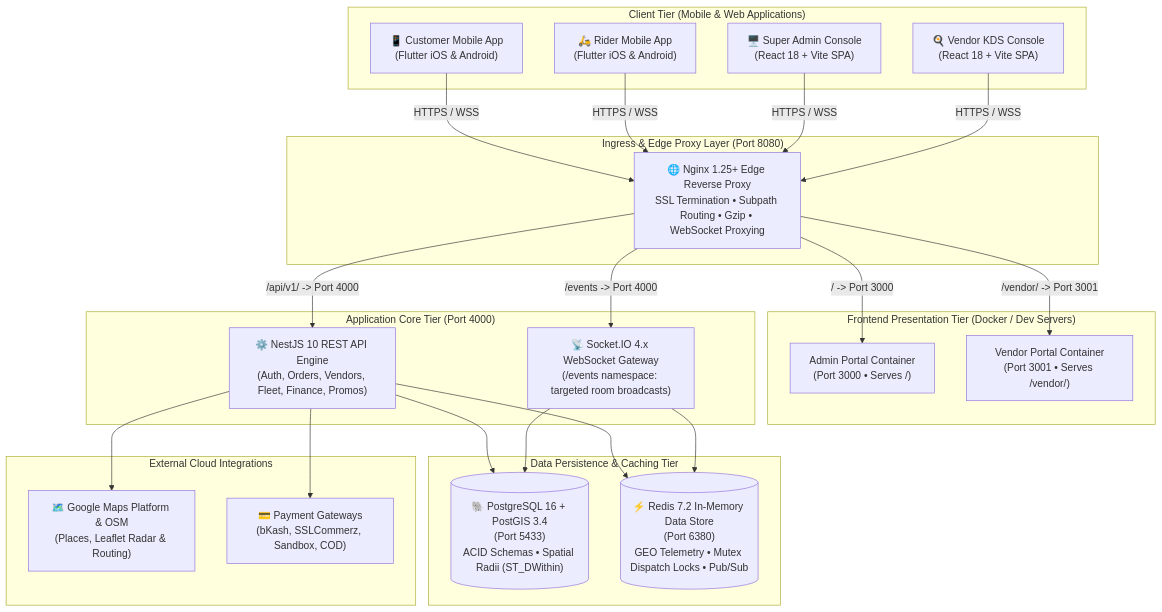
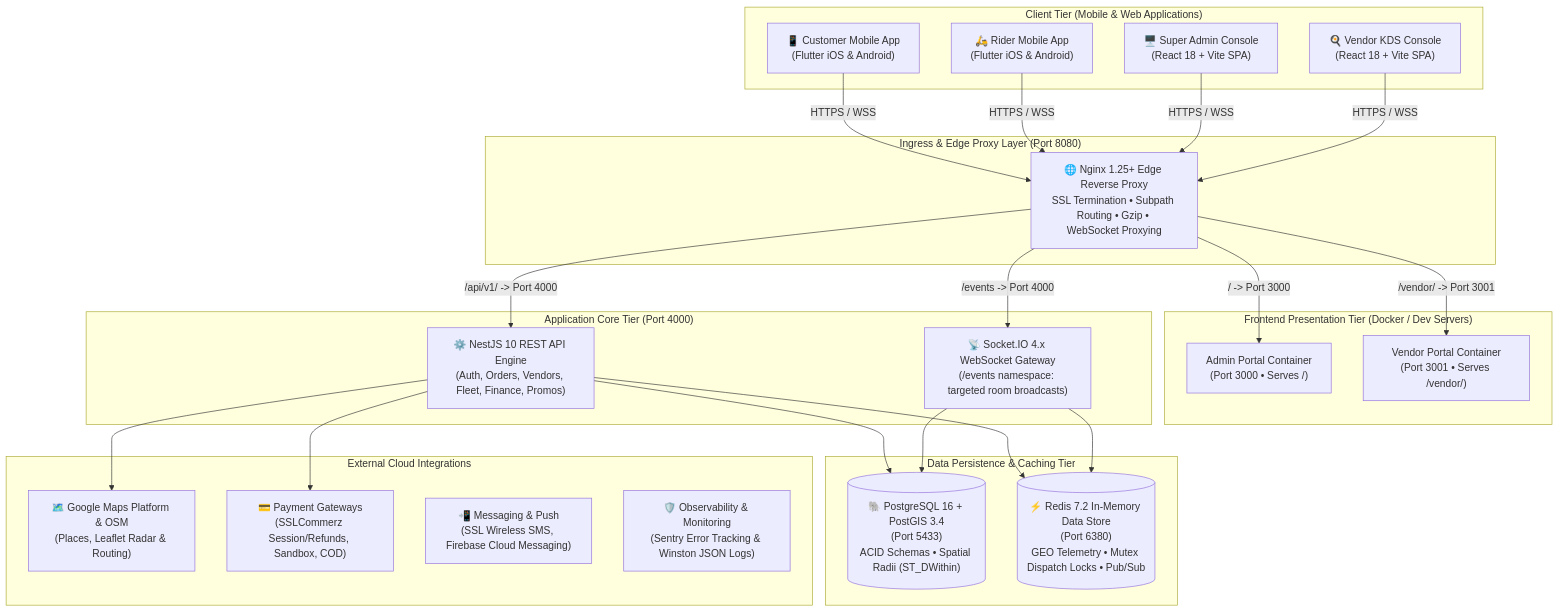
The first of 2 diagrams in README.md (BrainStation-23/DeliveryOS-Demo), drawn with Mermaid before and after one commit. The commit also changed other lines of this file and 18 other files, not shown here.

````diff
--- a/README.md
+++ b/README.md
@@ -44,53 +47,55 @@
 ```mermaid
 flowchart TD
     subgraph Clients["Client Tier (Mobile & Web Applications)"]
         CA["📱 Customer Mobile App<br/>(Flutter iOS & Android)"]
         RA["🛵 Rider Mobile App<br/>(Flutter iOS & Android)"]
         AP["🖥️ Super Admin Console<br/>(React 18 + Vite SPA)"]
         VP["🍳 Vendor KDS Console<br/>(React 18 + Vite SPA)"]
     end
 
     subgraph Edge["Ingress & Edge Proxy Layer (Port 8080)"]
         NGINX["🌐 Nginx 1.25+ Edge Reverse Proxy<br/>SSL Termination • Subpath Routing • Gzip • WebSocket Proxying"]
     end
 
     subgraph WebContainers["Frontend Presentation Tier (Docker / Dev Servers)"]
         AP_SVC["Admin Portal Container<br/>(Port 3000 • Serves /)"]
         VP_SVC["Vendor Portal Container<br/>(Port 3001 • Serves /vendor/)"]
     end
 
     subgraph AppTier["Application Core Tier (Port 4000)"]
         API["⚙️ NestJS 10 REST API Engine<br/>(Auth, Orders, Vendors, Fleet, Finance, Promos)"]
         WSS["📡 Socket.IO 4.x WebSocket Gateway<br/>(/events namespace: targeted room broadcasts)"]
     end
 
     subgraph DataTier["Data Persistence & Caching Tier"]
         PG[("🐘 PostgreSQL 16 + PostGIS 3.4<br/>(Port 5433)<br/>ACID Schemas • Spatial Radii (ST_DWithin)")]
         RD[("⚡ Redis 7.2 In-Memory Data Store<br/>(Port 6380)<br/>GEO Telemetry • Mutex Dispatch Locks • Pub/Sub")]
     end
 
     subgraph External["External Cloud Integrations"]
         MAPS["🗺️ Google Maps Platform & OSM<br/>(Places, Leaflet Radar & Routing)"]
-        PAY["💳 Payment Gateways<br/>(bKash, SSLCommerz, Sandbox, COD)"]
+        PAY["💳 Payment Gateways<br/>(SSLCommerz Session/Refunds, Sandbox, COD)"]
+        NOTIF["📲 Messaging & Push<br/>(SSL Wireless SMS, Firebase Cloud Messaging)"]
+        OBS["🛡️ Observability & Monitoring<br/>(Sentry Error Tracking & Winston JSON Logs)"]
     end
 
     %% Ingress Traffic
     CA -->|HTTPS / WSS| NGINX
     RA -->|HTTPS / WSS| NGINX
     AP -->|HTTPS / WSS| NGINX
     VP -->|HTTPS / WSS| NGINX
 
     %% Subpath Proxying
     NGINX -->|/ -> Port 3000| AP_SVC
     NGINX -->|/vendor/ -> Port 3001| VP_SVC
     NGINX -->|/api/v1/ -> Port 4000| API
     NGINX -->|/events -> Port 4000| WSS
 
     %% Backend Connections
     API --> PG
     API --> RD
     WSS --> RD
     WSS --> PG
     API --> MAPS
     API --> PAY
 ```
````
